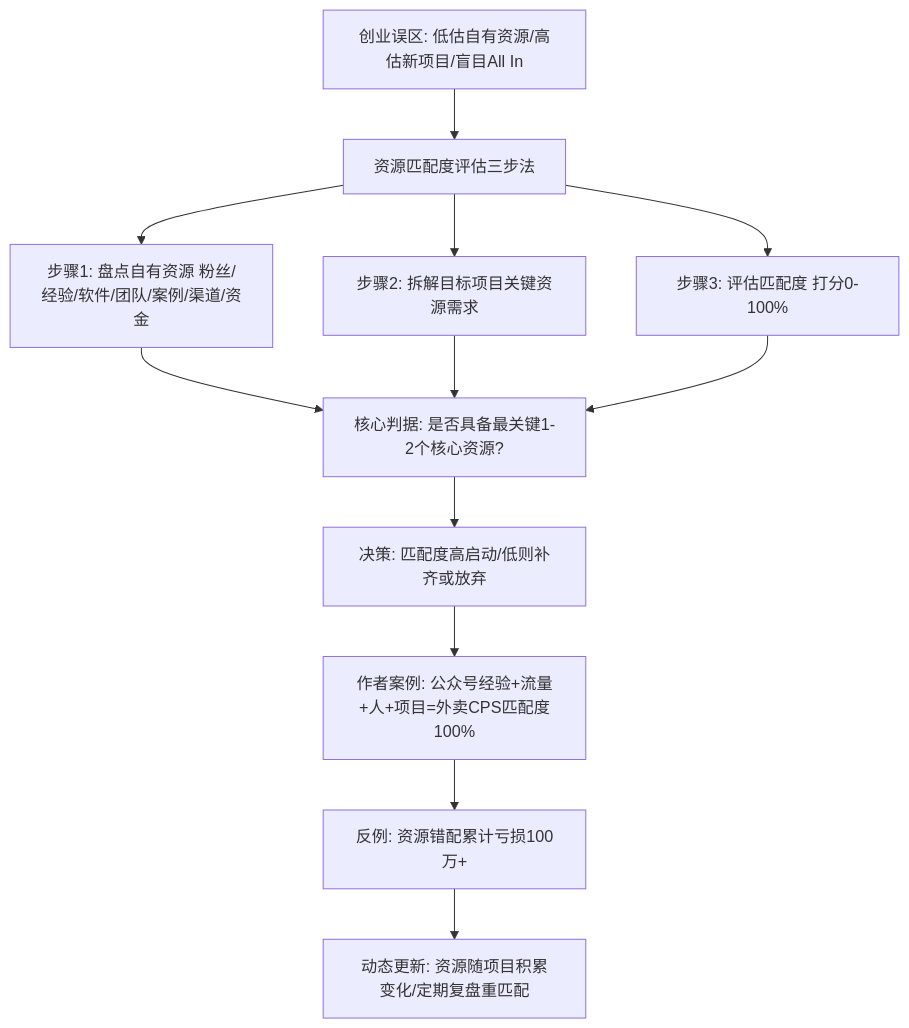
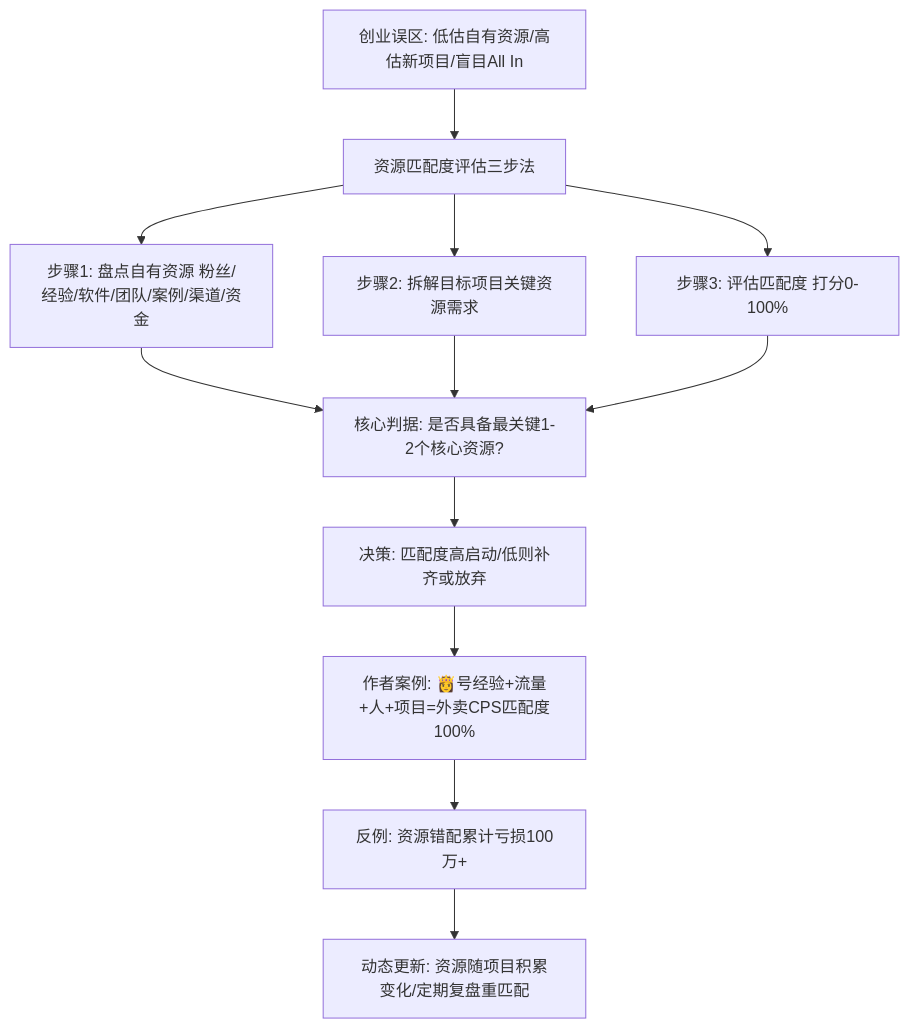
One commit to OpenDocCN1/flygon-zhuanqian-zhoubao changed diagram 11 of 15 in docs/202301-02_paper2textbook/asset/body_fix_b6f8434c128b09eb45de48b97c02e900_fd97ae5fe9e2f265a43004a5c078fe66_d2e4acf0ad719d07e4d14bf1330335a4_e9a0c85315a225af84ce375ff5448cb9.md. Above: the diagram before and after it, drawn with Mermaid. The commit also changed other lines of this file and 6688 other files, not shown here.

````diff
--- a/docs/202301-02_paper2textbook/asset/body_fix_b6f8434c128b09eb45de48b97c02e900_fd97ae5fe9e2f265a43004a5c078fe66_d2e4acf0ad719d07e4d14bf1330335a4_e9a0c85315a225af84ce375ff5448cb9.md
+++ b/docs/202301-02_paper2textbook/asset/body_fix_b6f8434c128b09eb45de48b97c02e900_fd97ae5fe9e2f265a43004a5c078fe66_d2e4acf0ad719d07e4d14bf1330335a4_e9a0c85315a225af84ce375ff5448cb9.md
@@ -558,12 +558,12 @@
 ```mermaid
 graph TD
 A[创业误区: 低估自有资源/高估新项目/盲目All In] --> B[资源匹配度评估三步法]
 B --> C1[步骤1: 盘点自有资源 粉丝/经验/软件/团队/案例/渠道/资金]
 B --> C2[步骤2: 拆解目标项目关键资源需求]
 B --> C3[步骤3: 评估匹配度 打分0-100%]
 C1 & C2 & C3 --> D[核心判据: 是否具备最关键1-2个核心资源?]
 D --> E[决策: 匹配度高启动/低则补齐或放弃]
-E --> F[作者案例: 公众号经验+流量+人+项目=外卖CPS匹配度100%]
+E --> F[作者案例: 👸号经验+流量+人+项目=外卖CPS匹配度100%]
 F --> G[反例: 资源错配累计亏损100万+]
 G --> H[动态更新: 资源随项目积累变化/定期复盘重匹配]
 ```
````
